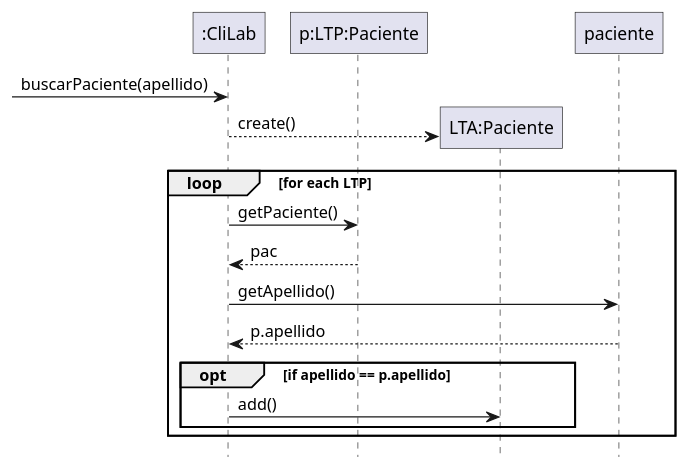
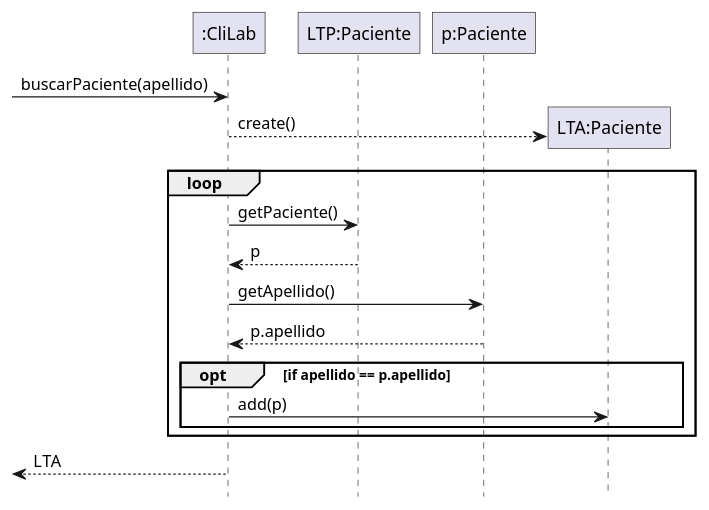
One commit to Z0SO/UML-Practice changed the fifth of 6 diagrams in 1-Repaso recuperatorio/Repaso Recuperatorio.md. Above: the diagram before and after it, drawn with PlantUML. The commit also changed other lines of this file, not shown here.

````diff
--- a/1-Repaso recuperatorio/Repaso Recuperatorio.md
+++ b/1-Repaso recuperatorio/Repaso Recuperatorio.md
@@ -426,60 +426,53 @@
 ```plantuml
 @startuml
 
 
 hide footbox
 
 skinparam participant {
   RoundCorner 0
 }
 
 
 participant ":CliLab" as sistema
+participant "LTP:Paciente" as ltp
 
-participant "p:LTP:Paciente" as ltp
-
+participant "p:Paciente" as paciente
 
 
 
 
 sistema <-[ : buscarPaciente(apellido)
 
 
 create "LTA:Paciente" as lta
 sistema -->  lta: create()
 
-loop for each LTP
+loop
 
     sistema -> ltp : getPaciente()
-    ltp --> sistema: pac
+    ltp --> sistema: p
 
     sistema -> paciente: getApellido()
 
     paciente --> sistema : p.apellido
 
 
     opt if apellido == p.apellido
 
         'tendria que añadir al paciente aca
         ' pero no se como carajo añadirlo
 
 
-        sistema -> lta: add()
-        
+        sistema -> lta: add(p)
+    
     end
 
 
-' ahora tendria que añadir ese paciente a la lista de todos los apellidos de ese paciente
-
-
+    ' ahora tendria que añadir ese paciente a la lista de todos los apellidos de ese paciente
 end
 
-
-
-
-
-
-
+sistema -->[ : LTA
 
 @enduml
 ```
````
